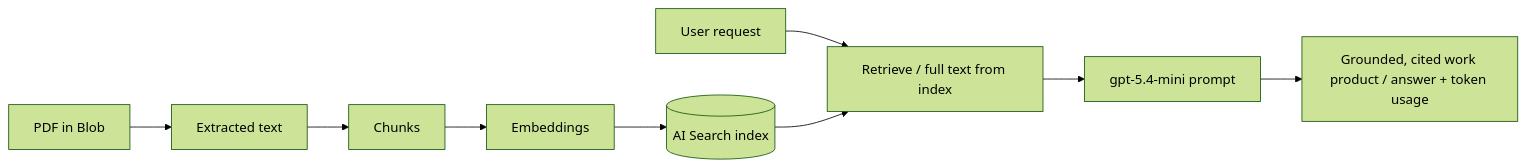
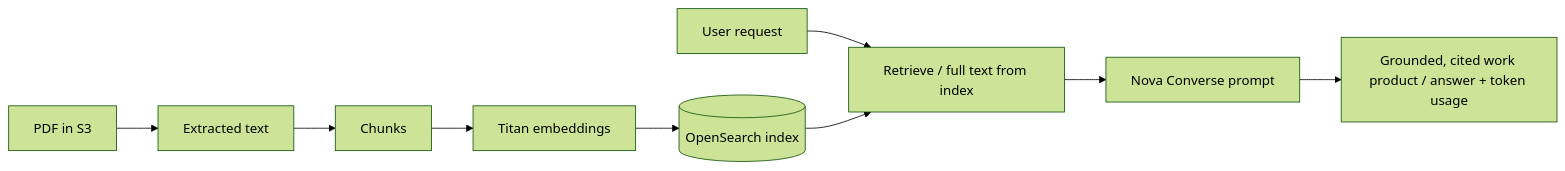
The fourth of 4 diagrams in docs/data-architecture.md (sqlshep/AWS-MinutesStudio), drawn with Mermaid (forest theme) before and after one commit. The commit also changed other lines of this file and 26 other files, not shown here.

````diff
--- a/docs/data-architecture.md
+++ b/docs/data-architecture.md
@@ -213,9 +237,9 @@
 ```mermaid
 flowchart LR
-    PDF[PDF in Blob] --> TXT[Extracted text] --> CH[Chunks] --> VEC[Embeddings]
-    VEC --> IDX[(AI Search index)]
+    PDF[PDF in S3] --> TXT[Extracted text] --> CH[Chunks] --> VEC[Titan embeddings]
+    VEC --> IDX[(OpenSearch index)]
     Q[User request] --> RET[Retrieve / full text from index]
     IDX --> RET
-    RET --> LLM[gpt-5.4-mini prompt]
+    RET --> LLM[Nova Converse prompt]
     LLM --> OUT[Grounded, cited work product / answer + token usage]
 ```
````
